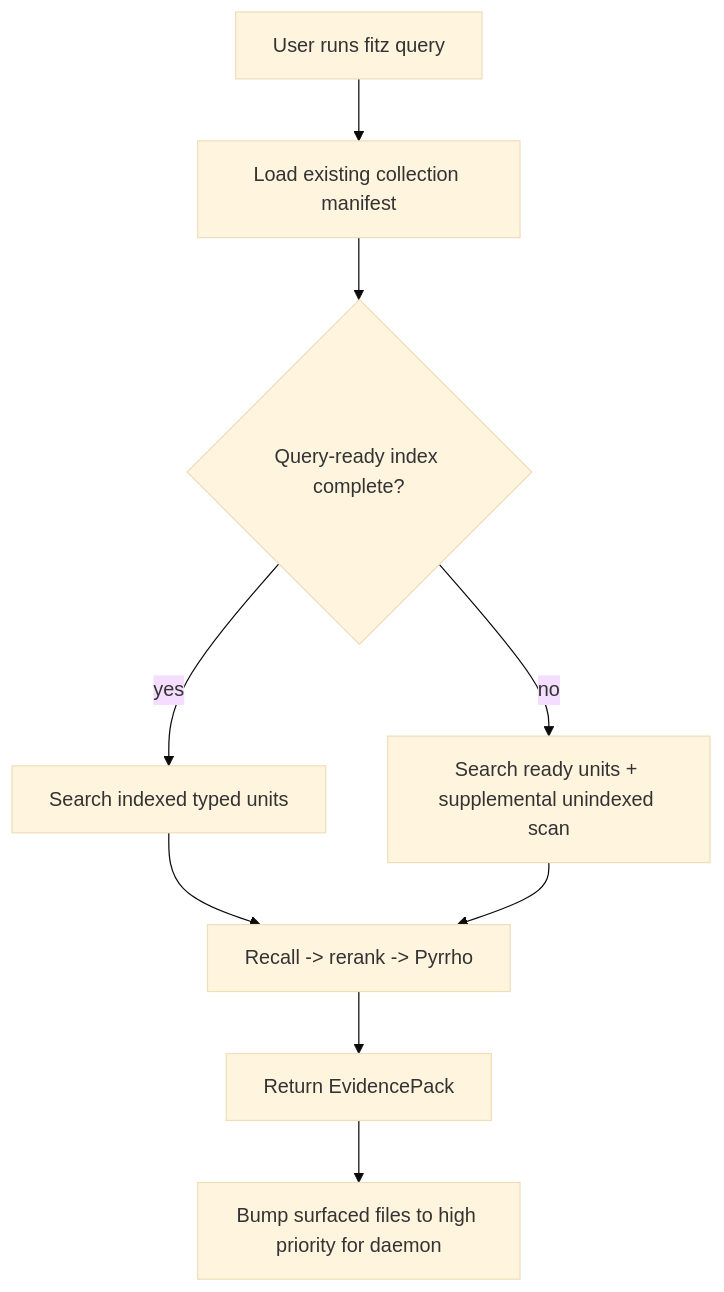
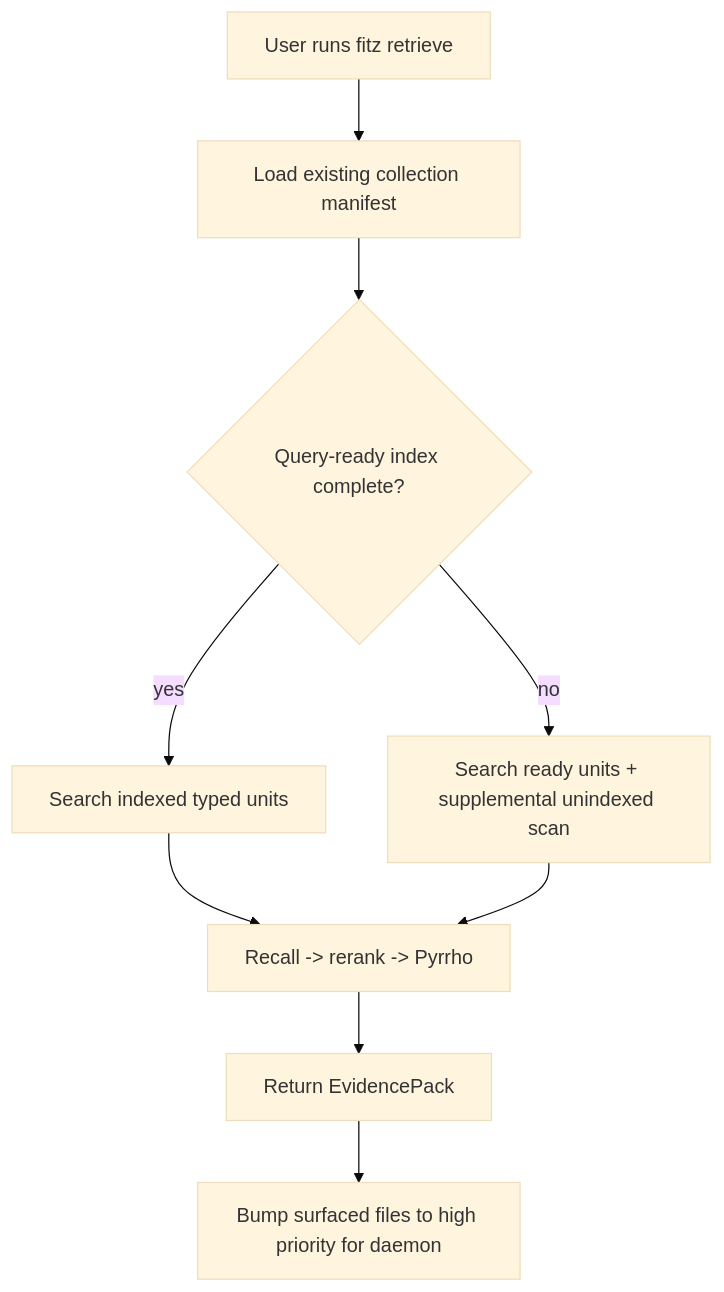
One commit to yafitzdev/fitz changed the second of 2 diagrams in docs/QUERY_UX.md. Above: the diagram before and after it, drawn with Mermaid (base theme). The commit also changed other lines of this file and 103 other files, not shown here.

````diff
--- a/docs/QUERY_UX.md
+++ b/docs/QUERY_UX.md
@@ -37,11 +37,11 @@
 ```mermaid
 flowchart TD
-    A["User runs fitz query"] --> B["Load existing collection manifest"]
+    A["User runs fitz retrieve"] --> B["Load existing collection manifest"]
     B --> C{"Query-ready index complete?"}
     C -->|"yes"| D["Search indexed typed units"]
     C -->|"no"| E["Search ready units + supplemental unindexed scan"]
     D --> F["Recall -> rerank -> Pyrrho"]
     E --> F
     F --> G["Return EvidencePack"]
     G --> H["Bump surfaced files to high priority for daemon"]
 ```
````
